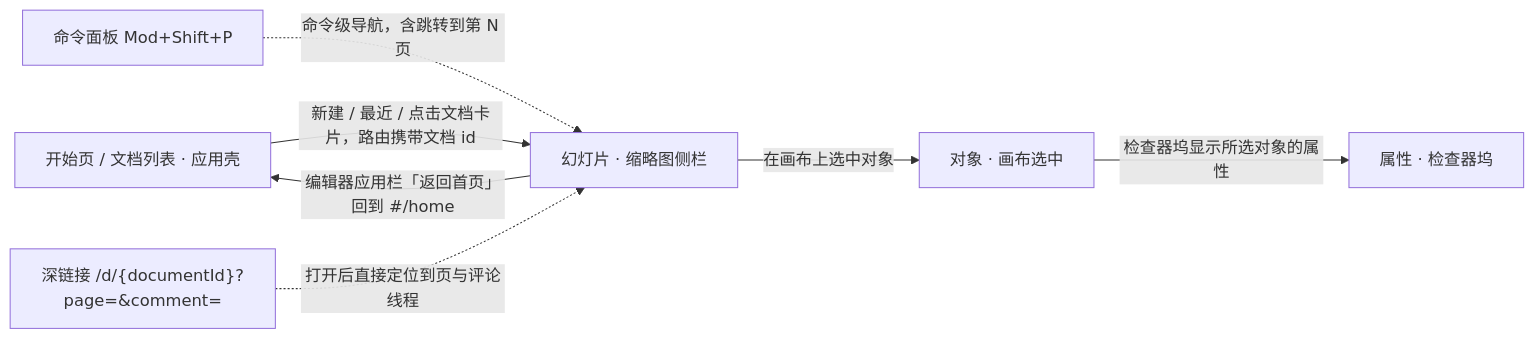
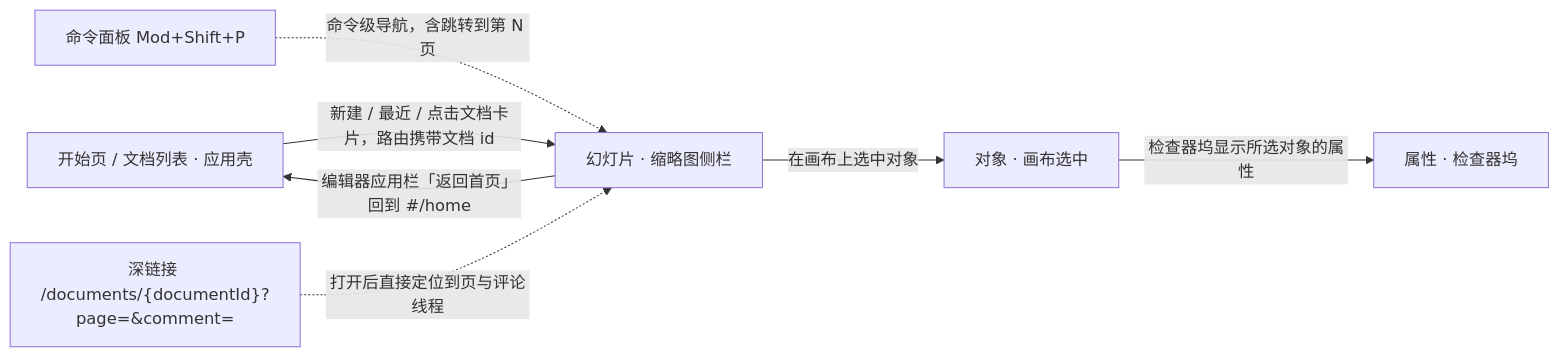
One commit to Xeonice/cordis-ppt-editor changed the second of 6 diagrams in docs/20-design/01-information-architecture.md. Above: the diagram before and after it, drawn with Mermaid. The commit also changed other lines of this file and 79 other files, not shown here.

````diff
--- a/docs/20-design/01-information-architecture.md
+++ b/docs/20-design/01-information-architecture.md
@@ -157,15 +157,15 @@
 ```mermaid
 flowchart LR
   shellNav["开始页 / 文档列表 · 应用壳"]
   slide["幻灯片 · 缩略图侧栏"]
   obj["对象 · 画布选中"]
   prop["属性 · 检查器坞"]
   palette["命令面板 Mod+Shift+P"]
-  deep["深链接 /d/{documentId}?page=&comment="]
+  deep["深链接 /documents/{documentId}?page=&comment="]
   shellNav -->|"新建 / 最近 / 点击文档卡片，路由携带文档 id"| slide
   slide -->|"在画布上选中对象"| obj
   obj -->|"检查器坞显示所选对象的属性"| prop
   slide -->|"编辑器应用栏「返回首页」回到 #/home"| shellNav
   palette -.->|"命令级导航，含跳转到第 N 页"| slide
   deep -.->|"打开后直接定位到页与评论线程"| slide
 ```
````
